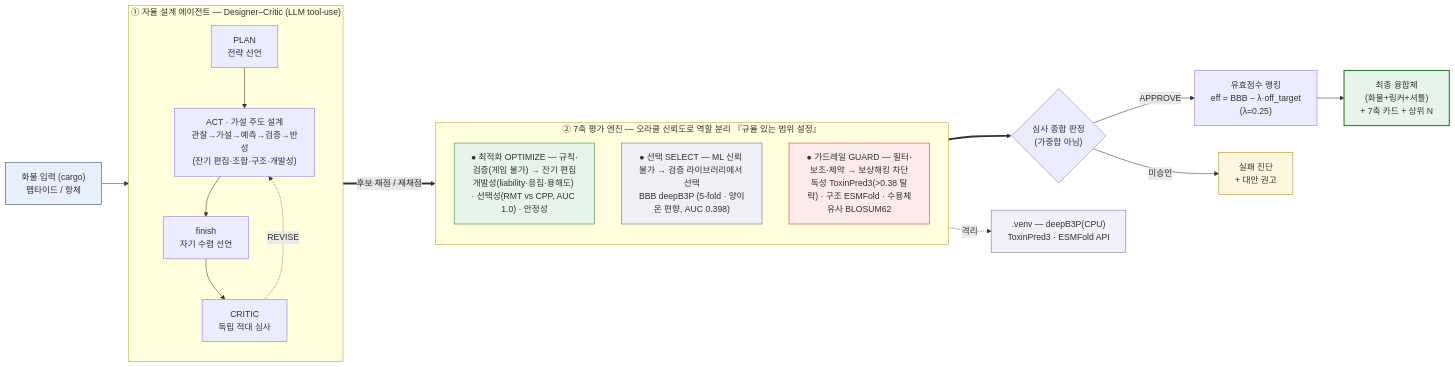
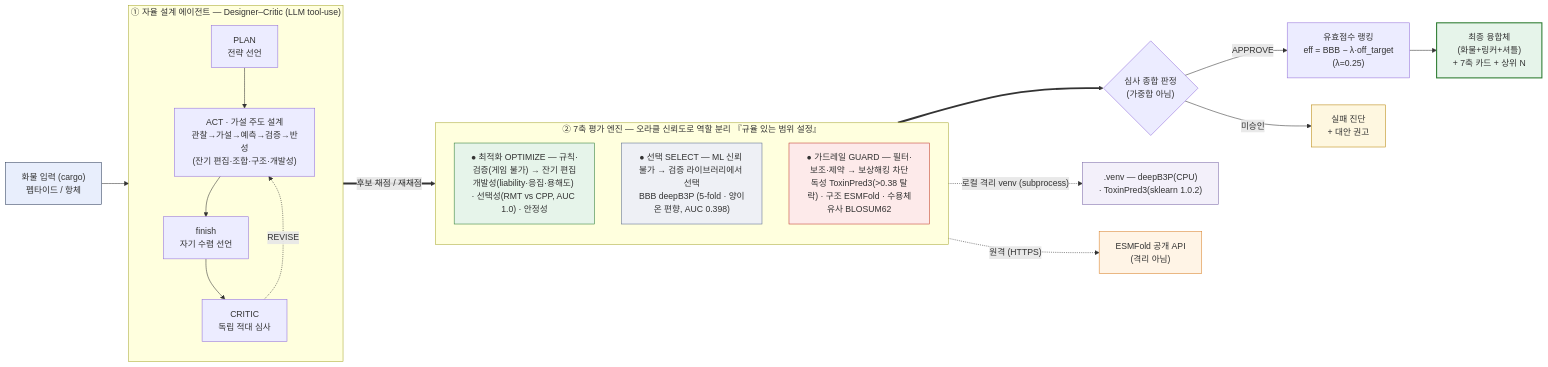
The first of 9 diagrams in 아키텍처.md (yunseul6028/BBB-Optimizer), drawn with Mermaid before and after one commit. The commit also changed other lines of this file, not shown here.

First line of the commit message:
docs(아키텍처): ESMFold를 격리 실행에서 분리 — 공개 API(원격)이지 격리 venv 아님

````diff
--- a/아키텍처.md
+++ b/아키텍처.md
@@ -17,35 +17,37 @@
 ```mermaid
 flowchart LR
   IN["화물 입력 (cargo)<br/>펩타이드 / 항체"]:::io --> AG
 
   subgraph AG["① 자율 설계 에이전트 — Designer–Critic (LLM tool-use)"]
     direction TB
     PLAN["PLAN<br/>전략 선언"] --> ACT["ACT · 가설 주도 설계<br/>관찰→가설→예측→검증→반성<br/>(잔기 편집·조합·구조·개발성)"]
     ACT --> FIN["finish<br/>자기 수렴 선언"]
     FIN --> CR["CRITIC<br/>독립 적대 심사"]
     CR -.->|REVISE| ACT
   end
 
   AG ==>|"후보 채점 / 재채점"| ENG
 
   subgraph ENG["② 7축 평가 엔진 — 오라클 신뢰도로 역할 분리 『규율 있는 범위 설정』"]
     direction TB
     OPT["● 최적화 OPTIMIZE — 규칙·검증(게임 불가) → 잔기 편집<br/>개발성(liability·응집·용해도) · 선택성(RMT vs CPP, AUC 1.0) · 안정성"]:::opt
     SEL["● 선택 SELECT — ML 신뢰 불가 → 검증 라이브러리에서 선택<br/>BBB deepB3P (5-fold · 양이온 편향, AUC 0.398)"]:::sel
     GRD["● 가드레일 GUARD — 필터·보조·제약 → 보상해킹 차단<br/>독성 ToxinPred3(&gt;0.38 탈락) · 구조 ESMFold · 수용체유사 BLOSUM62"]:::grd
   end
 
   ENG ==> J{"심사 종합 판정<br/>(가중합 아님)"}
   J -->|APPROVE| RK["유효점수 랭킹<br/>eff = BBB − λ·off_target<br/>(λ=0.25)"] --> OUT["최종 융합체<br/>(화물+링커+셔틀)<br/>+ 7축 카드 + 상위 N"]:::ok
   J -->|"미승인"| F["실패 진단<br/>+ 대안 권고"]:::warn
 
-  ENG -.->|격리| VENV[".venv — deepB3P(CPU)<br/>ToxinPred3 · ESMFold API"]:::venv
+  ENG -.->|"로컬 격리 venv (subprocess)"| VENV[".venv — deepB3P(CPU)<br/>· ToxinPred3(sklearn 1.0.2)"]:::venv
+  ENG -.->|"원격 (HTTPS)"| API["ESMFold 공개 API<br/>(격리 아님)"]:::api
 
   classDef io fill:#e8eefc,stroke:#30405c;
   classDef opt fill:#e6f4ea,stroke:#2e7d32;
   classDef sel fill:#eef0f5,stroke:#5a6b8c;
   classDef grd fill:#fdeaea,stroke:#c0392b;
   classDef ok fill:#e6f4ea,stroke:#2e7d32,stroke-width:2px;
   classDef warn fill:#fef7e0,stroke:#b8860b;
   classDef venv fill:#f3f0fa,stroke:#7c6aa8;
+  classDef api fill:#fff4e6,stroke:#d9822b;
 ```
````
